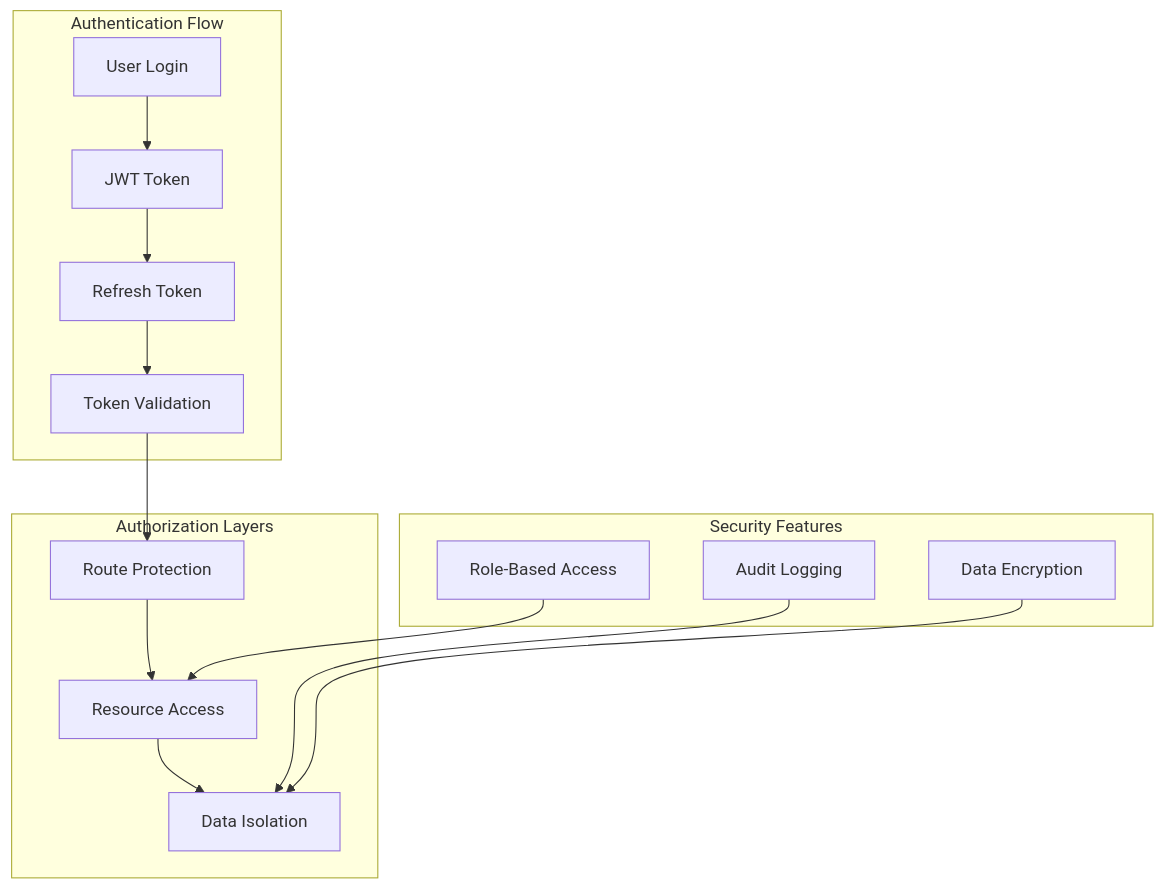
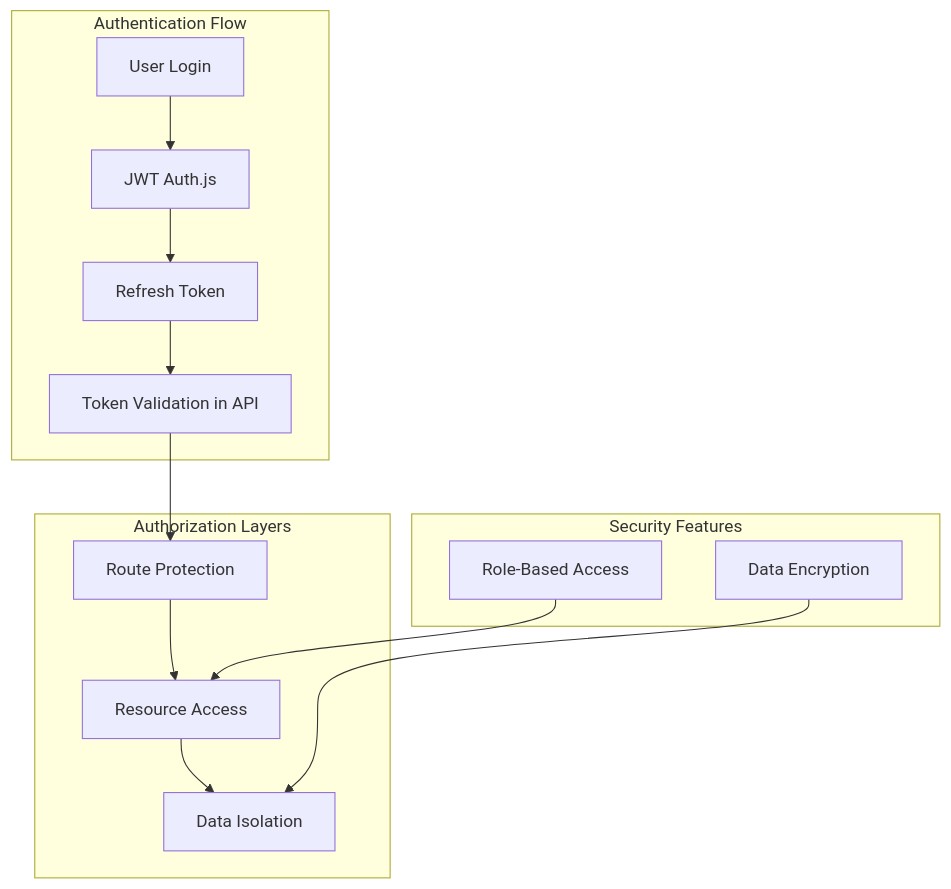
Before and after one commit to aneuhold/tracktory: the eighth of 10 diagrams in docs/architecture/system-design.md, drawn with Mermaid. The commit also changed other lines of this file and 3 other files, not shown here.

Commit message:
Update architecture and deployment notes

````diff
--- a/docs/architecture/system-design.md
+++ b/docs/architecture/system-design.md
@@ -453,33 +470,31 @@
 ```mermaid
 graph TB
     subgraph "Authentication Flow"
         Login[User Login]
-        JWT[JWT Token]
+        JWT[JWT Auth.js]
         Refresh[Refresh Token]
-        Validate[Token Validation]
+        Validate[Token Validation in API]
     end
 
     subgraph "Authorization Layers"
         Route[Route Protection]
         Resource[Resource Access]
         Data[Data Isolation]
     end
 
     subgraph "Security Features"
         RBAC[Role-Based Access]
-        Audit[Audit Logging]
         Encryption[Data Encryption]
     end
 
     Login --> JWT
     JWT --> Refresh
     Refresh --> Validate
 
     Validate --> Route
     Route --> Resource
     Resource --> Data
 
     RBAC --> Resource
-    Audit --> Data
     Encryption --> Data
 ```
````
